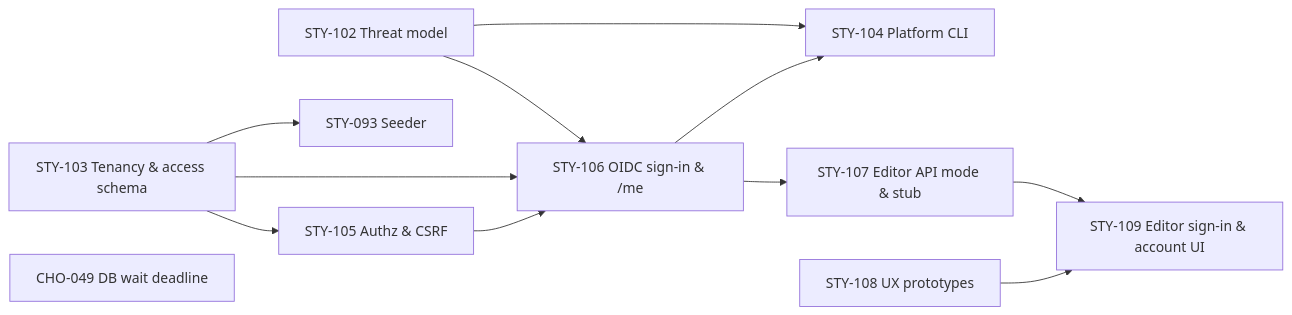
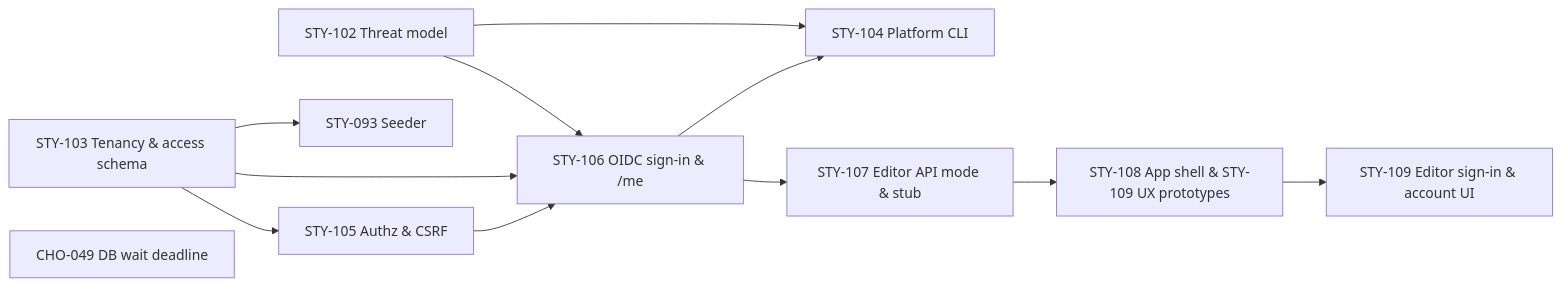
The diagram in docs/backlog/EPC-024-tenancy-sign-in-and-optional-api-mode/README.md (DHCW-Digital-Health-and-Care-Wales/roadmaps), drawn with Mermaid before and after one commit. The commit also changed other lines of this file and 13 other files, not shown here.

First line of the commit message:
docs(backlog): grill STY-108 app shell UX, open EPC-030 and amend ADR-018 (#333)

````diff
--- a/docs/backlog/EPC-024-tenancy-sign-in-and-optional-api-mode/README.md
+++ b/docs/backlog/EPC-024-tenancy-sign-in-and-optional-api-mode/README.md
@@ -147,14 +154,14 @@
 ```mermaid
 flowchart LR
   STY102["STY-102 Threat model"] --> STY106["STY-106 OIDC sign-in & /me"]
   STY102 --> STY104["STY-104 Platform CLI"]
   STY103["STY-103 Tenancy & access schema"] --> STY093["STY-093 Seeder"]
   STY103 --> STY105["STY-105 Authz & CSRF"]
   STY103 --> STY106
   STY105 --> STY106
   STY106 --> STY104
   STY106 --> STY107["STY-107 Editor API mode & stub"]
-  STY107 --> STY109["STY-109 Editor sign-in & account UI"]
-  STY108["STY-108 UX prototypes"] --> STY109
+  STY107 --> STY108["STY-108 App shell & STY-109 UX prototypes"]
+  STY108 --> STY109["STY-109 Editor sign-in & account UI"]
   CHO049["CHO-049 DB wait deadline"]
 ```
````
